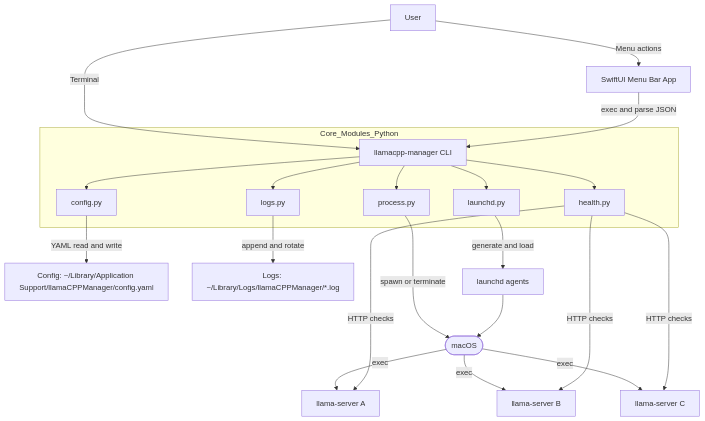
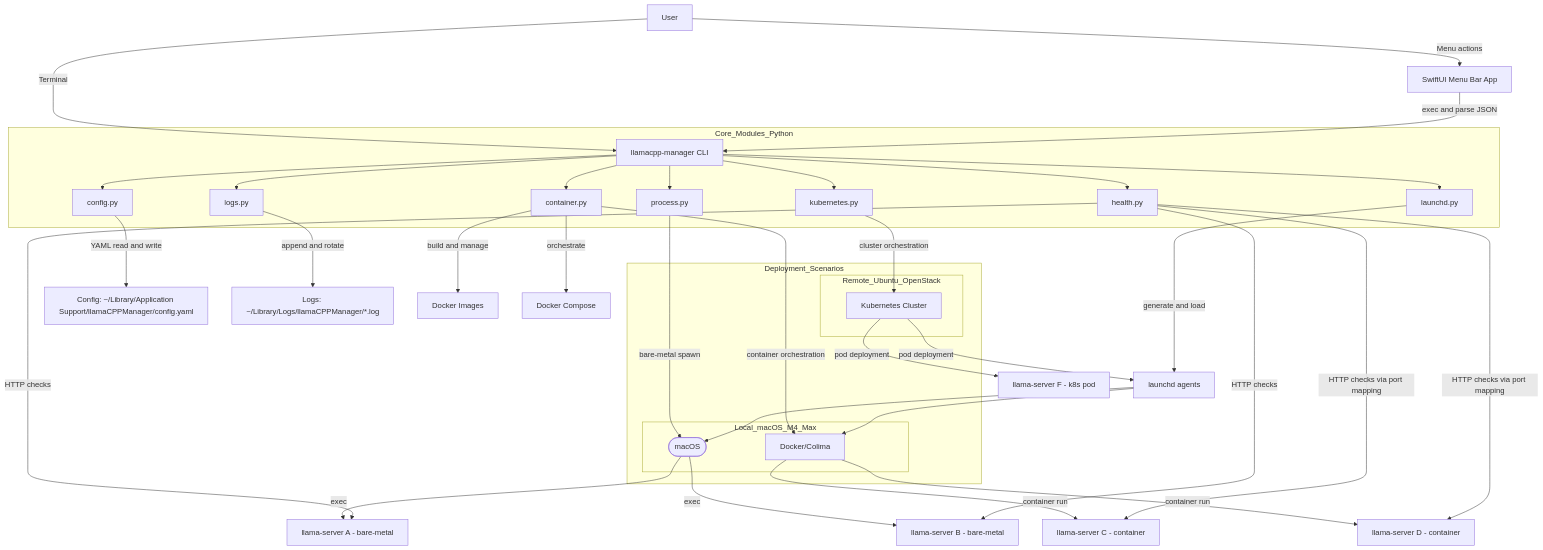
One commit to arionrepo/llamaCPPManager changed the first of 6 diagrams in docs/design.md. Above: the diagram before and after it, drawn with Mermaid. The commit also changed other lines of this file and 11 other files, not shown here.

````diff
--- a/docs/design.md
+++ b/docs/design.md
@@ -8,30 +8,50 @@
 ```mermaid
 graph TD
   U[User] -->|Menu actions| GUI[SwiftUI Menu Bar App]
   U -->|Terminal| CLI[llamacpp-manager CLI]
 
   subgraph Core_Modules_Python
     CLI --> CFG[config.py]
     CLI --> PROC[process.py]
     CLI --> H[health.py]
     CLI --> L[logs.py]
     CLI --> LD[launchd.py]
+    CLI --> CONT[container.py]
+    CLI --> K8S[kubernetes.py]
   end
 
   GUI -->|exec and parse JSON| CLI
 
   CFG -->|YAML read and write| Y[Config: ~/Library/Application Support/llamaCPPManager/config.yaml]
   L -->|append and rotate| LOGS[Logs: ~/Library/Logs/llamaCPPManager/*.log]
 
-  PROC -->|spawn or terminate| OS([macOS])
-  OS -->|exec| S1[llama-server A]
-  OS -->|exec| S2[llama-server B]
-  OS -->|exec| S3[llama-server C]
+  subgraph Deployment_Scenarios
+    subgraph Local_macOS_M4_Max
+      PROC -->|bare-metal spawn| OS([macOS])
+      CONT -->|container orchestration| DOCKER[Docker/Colima]
+    end
+
+    subgraph Remote_Ubuntu_OpenStack
+      K8S -->|cluster orchestration| CLUSTER[Kubernetes Cluster]
+    end
+  end
+
+  OS -->|exec| S1[llama-server A - bare-metal]
+  OS -->|exec| S2[llama-server B - bare-metal]
+  DOCKER -->|container run| C1[llama-server C - container]
+  DOCKER -->|container run| C2[llama-server D - container]
+  CLUSTER -->|pod deployment| P1[llama-server E - k8s pod]
+  CLUSTER -->|pod deployment| P2[llama-server F - k8s pod]
 
   LD -->|generate and load| P1[launchd agents]
   P1 --> OS
+  P1 --> DOCKER
 
   H -->|HTTP checks| S1
   H -->|HTTP checks| S2
-  H -->|HTTP checks| S3
+  H -->|HTTP checks via port mapping| C1
+  H -->|HTTP checks via port mapping| C2
+
+  CONT -->|build and manage| IMG[Docker Images]
+  CONT -->|orchestrate| COMPOSE[Docker Compose]
 ```
````
